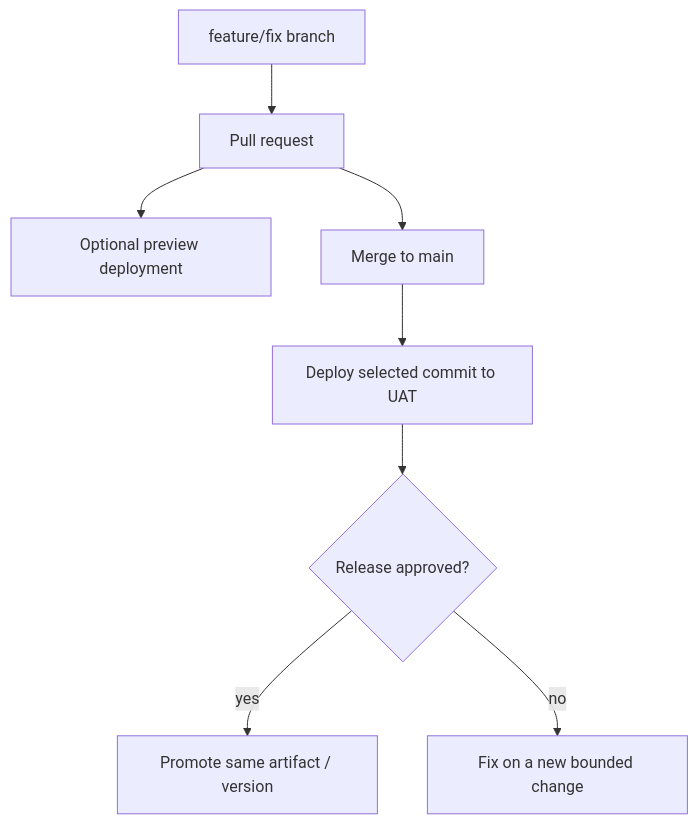
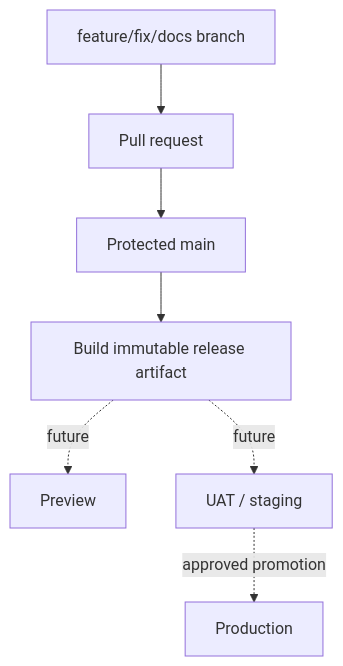
One commit to kumarchandansingh/tropos changed the third of 6 diagrams in docs/delivery/ENVIRONMENT_STRATEGY.md. Above: the diagram before and after it, drawn with Mermaid. The commit also changed other lines of this file and 13 other files, not shown here.

Commit message:
docs: rebuild Tropos living architecture

````diff
--- a/docs/delivery/ENVIRONMENT_STRATEGY.md
+++ b/docs/delivery/ENVIRONMENT_STRATEGY.md
@@ -21,10 +34,10 @@
 ```mermaid
 flowchart TB
-    FB[feature/fix branch] --> PR[Pull request]
-    PR --> Preview[Optional preview deployment]
-    PR --> Main[Merge to main]
-    Main --> UAT[Deploy selected commit to UAT]
-    UAT --> Gate{Release approved?}
-    Gate -- yes --> Prod[Promote same artifact / version]
-    Gate -- no --> Fix[Fix on a new bounded change]
+    FB[feature/fix/docs branch]
+    --> PR[Pull request]
+    --> Main[Protected main]
+    Main --> Artifact[Build immutable release artifact]
+    Artifact -. future .-> Preview[Preview]
+    Artifact -. future .-> UAT[UAT / staging]
+    UAT -. approved promotion .-> Prod[Production]
 ```
````
